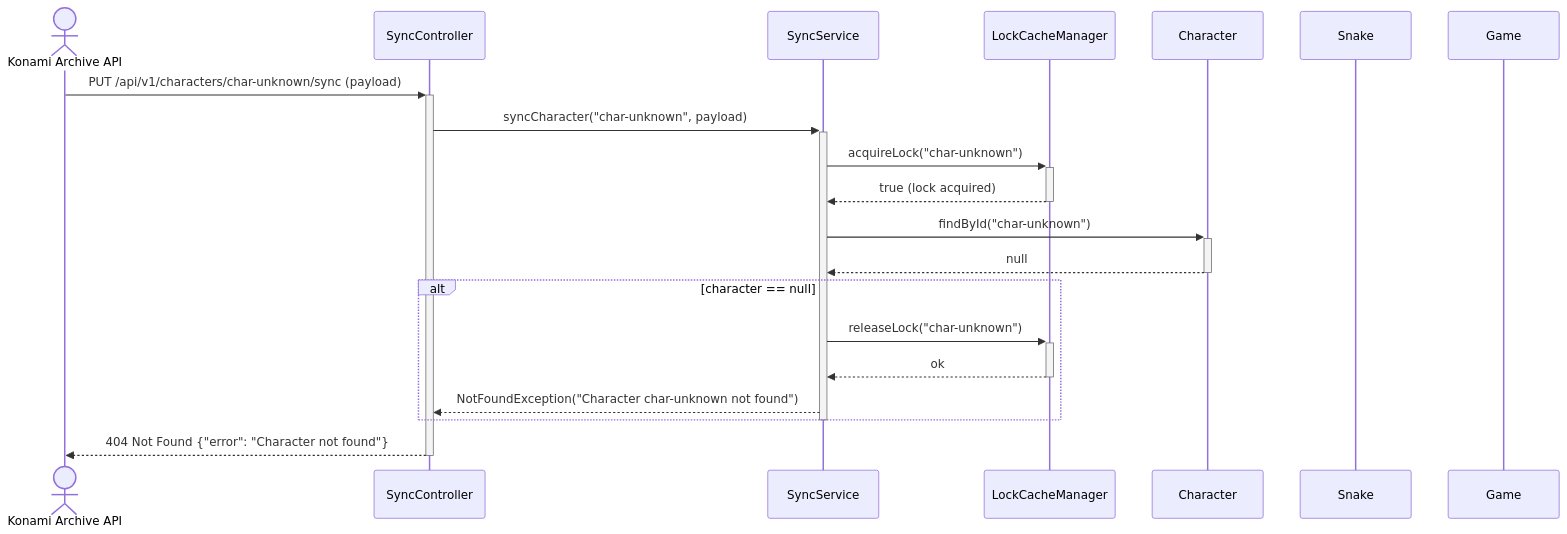
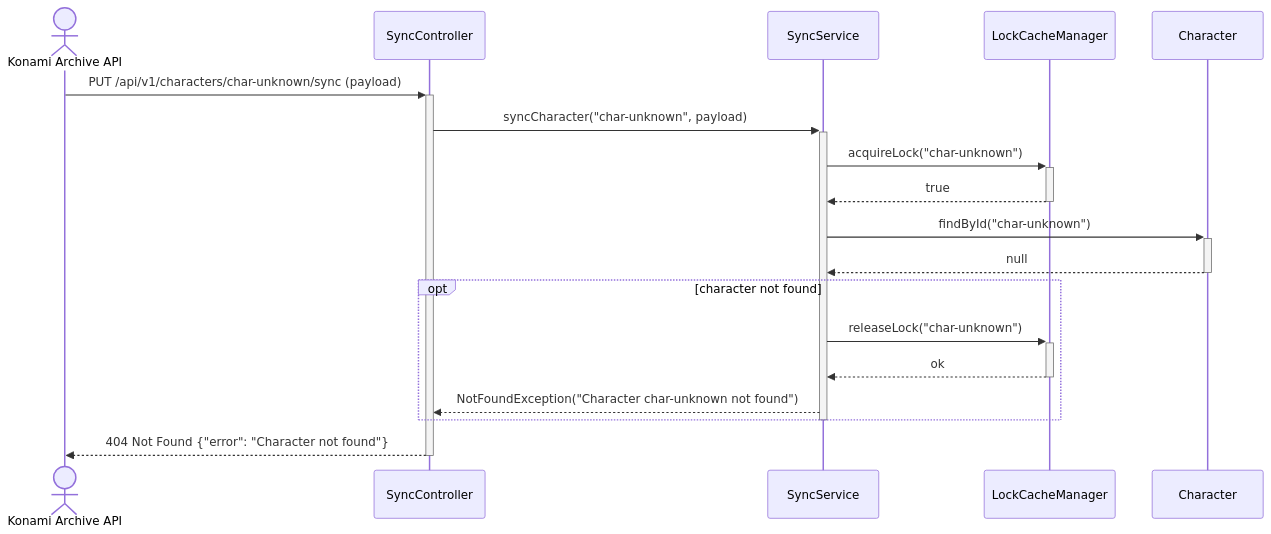
One commit to D1rtyJesus/OP2 changed the fourth of 4 diagrams in lab3/diagrams.md. Above: the diagram before and after it, drawn with Mermaid. The commit also changed other lines of this file and 1 other file, not shown here.

````diff
--- a/lab3/diagrams.md
+++ b/lab3/diagrams.md
@@ -117,27 +120,25 @@
 ```mermaid
 sequenceDiagram
     actor API as Konami Archive API
     participant Ctrl as SyncController
     participant Svc as SyncService
     participant LCM as LockCacheManager
     participant Char as Character
-    participant Snake as Snake
-    participant Game as Game
 
     API->>+Ctrl: PUT /api/v1/characters/char-unknown/sync (payload)
     Ctrl->>+Svc: syncCharacter("char-unknown", payload)
     Svc->>+LCM: acquireLock("char-unknown")
-    LCM-->>-Svc: true (lock acquired)
+    LCM-->>-Svc: true
 
     Svc->>+Char: findById("char-unknown")
     Char-->>-Svc: null
 
-    alt character == null
+    opt character not found
         Svc->>+LCM: releaseLock("char-unknown")
         LCM-->>-Svc: ok
         Svc-->>Ctrl: NotFoundException("Character char-unknown not found")
     end
 
     deactivate Svc
     Ctrl-->>-API: 404 Not Found {"error": "Character not found"}
 ```
````
